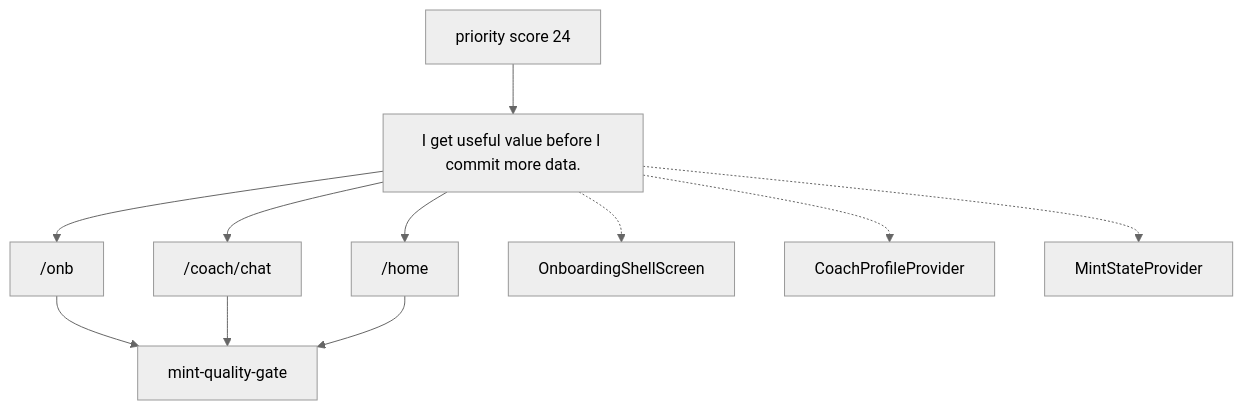
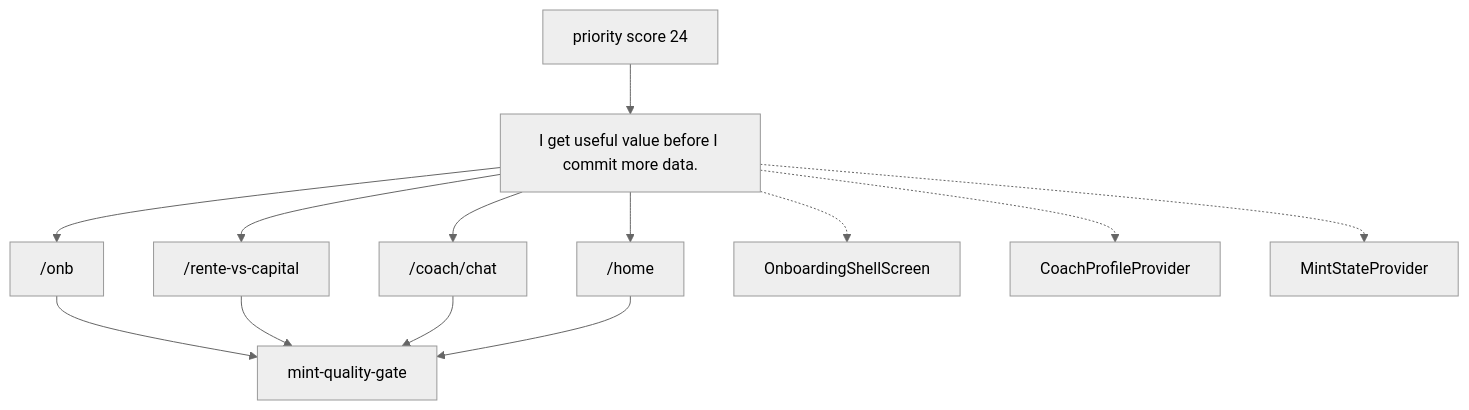
One commit to MINT-IA/MINT changed the diagram in .planning/journeys/diagrams/onboarding_first_value.mmd. Above: the diagram before and after it, drawn with Mermaid (neutral theme). The commit also changed 9 other files, not shown here.

```diff
--- a/.planning/journeys/diagrams/onboarding_first_value.mmd
+++ b/.planning/journeys/diagrams/onboarding_first_value.mmd
@@ -1,21 +1,24 @@
 %% Generated from .planning/journeys/records/onboarding_first_value.json
 flowchart TD
   promise["I get useful value before I commit more data."]
   team["mint-quality-gate"]
   priority["priority score 24"]
   priority --> promise
   route_onb["/onb"]
   promise --> route_onb
   route_onb --> team
+  route_rente_vs_capital["/rente-vs-capital"]
+  promise --> route_rente_vs_capital
+  route_rente_vs_capital --> team
   route_coach_chat["/coach/chat"]
   promise --> route_coach_chat
   route_coach_chat --> team
   route_home["/home"]
   promise --> route_home
   route_home --> team
   surface_OnboardingShellScreen["OnboardingShellScreen"]
   promise -.-> surface_OnboardingShellScreen
   surface_CoachProfileProvider["CoachProfileProvider"]
   promise -.-> surface_CoachProfileProvider
   surface_MintStateProvider["MintStateProvider"]
   promise -.-> surface_MintStateProvider
```
